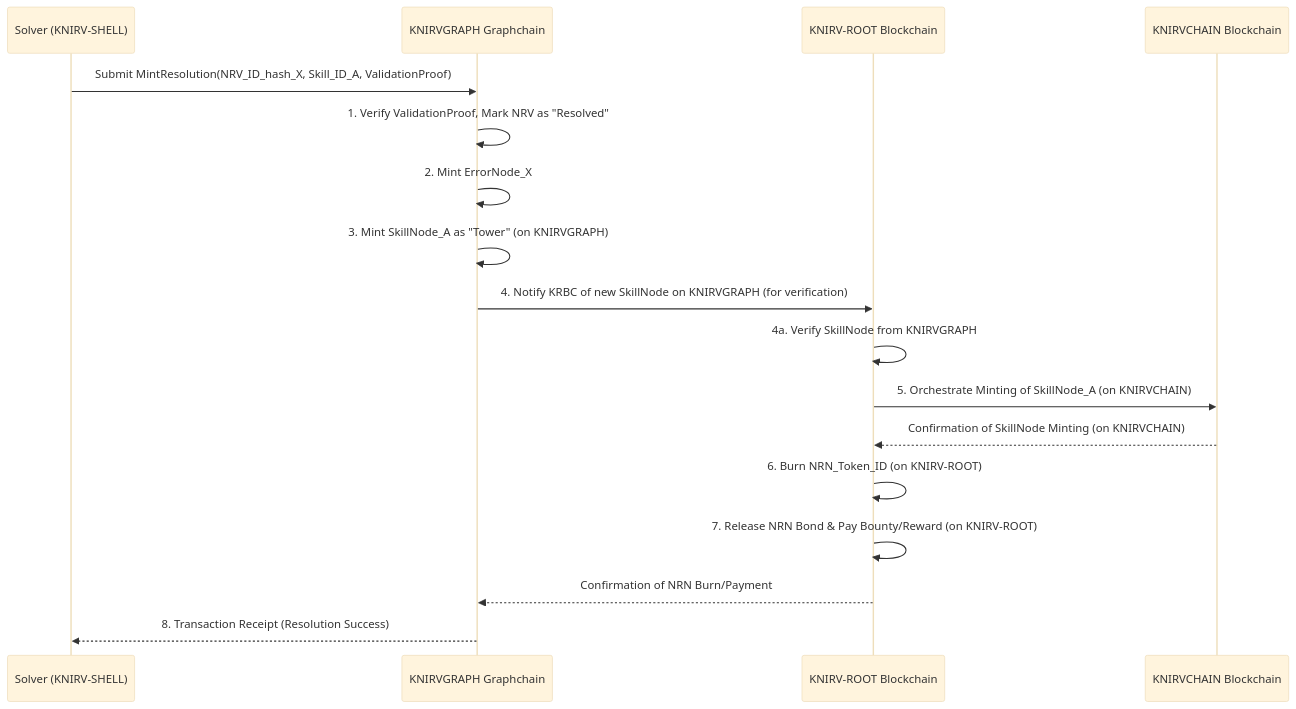
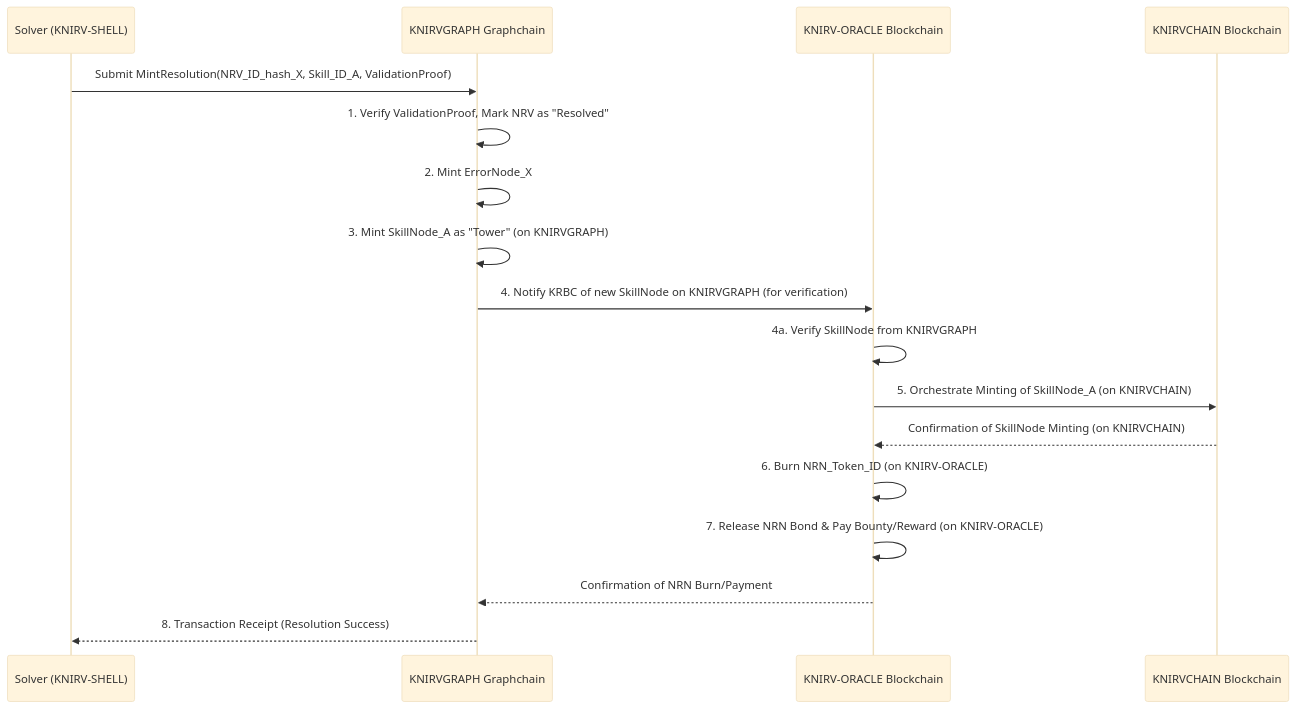
The fifth of 9 diagrams in KNIRVGATEWAY/documentation/docsify/whitepapers/KNIRV-GRAPH_Whitepaper.md (guiperry/KNIRV_NETWORK), drawn with Mermaid (base theme) before and after one commit. The commit also changed other lines of this file and 1956 other files, not shown here.

````diff
--- a/KNIRVGATEWAY/documentation/docsify/whitepapers/KNIRV-GRAPH_Whitepaper.md
+++ b/KNIRVGATEWAY/documentation/docsify/whitepapers/KNIRV-GRAPH_Whitepaper.md
@@ -287,25 +287,25 @@
 ```mermaid
 sequenceDiagram
     participant Solver as Solver (KNIRV-SHELL)
     participant KGBC as KNIRVGRAPH Graphchain
-    participant KRBC as KNIRV-ROOT Blockchain
+    participant KRBC as KNIRV-ORACLE Blockchain
     participant KCC as KNIRVCHAIN Blockchain
     
     Solver->>KGBC: Submit MintResolution(NRV_ID_hash_X, Skill_ID_A, ValidationProof)
     
     KGBC->>KGBC: 1. Verify ValidationProof, Mark NRV as "Resolved"
     KGBC->>KGBC: 2. Mint ErrorNode_X
     KGBC->>KGBC: 3. Mint SkillNode_A as "Tower" (on KNIRVGRAPH)
     
     KGBC->>KRBC: 4. Notify KRBC of new SkillNode on KNIRVGRAPH (for verification)
     KRBC->>KRBC: 4a. Verify SkillNode from KNIRVGRAPH
     
     KRBC->>KCC: 5. Orchestrate Minting of SkillNode_A (on KNIRVCHAIN)
     KCC-->>KRBC: Confirmation of SkillNode Minting (on KNIRVCHAIN)
     
-    KRBC->>KRBC: 6. Burn NRN_Token_ID (on KNIRV-ROOT)
-    KRBC->>KRBC: 7. Release NRN Bond & Pay Bounty/Reward (on KNIRV-ROOT)
+    KRBC->>KRBC: 6. Burn NRN_Token_ID (on KNIRV-ORACLE)
+    KRBC->>KRBC: 7. Release NRN Bond & Pay Bounty/Reward (on KNIRV-ORACLE)
     
     KRBC-->>KGBC: Confirmation of NRN Burn/Payment
     KGBC-->>Solver: 8. Transaction Receipt (Resolution Success)
 ```
````
